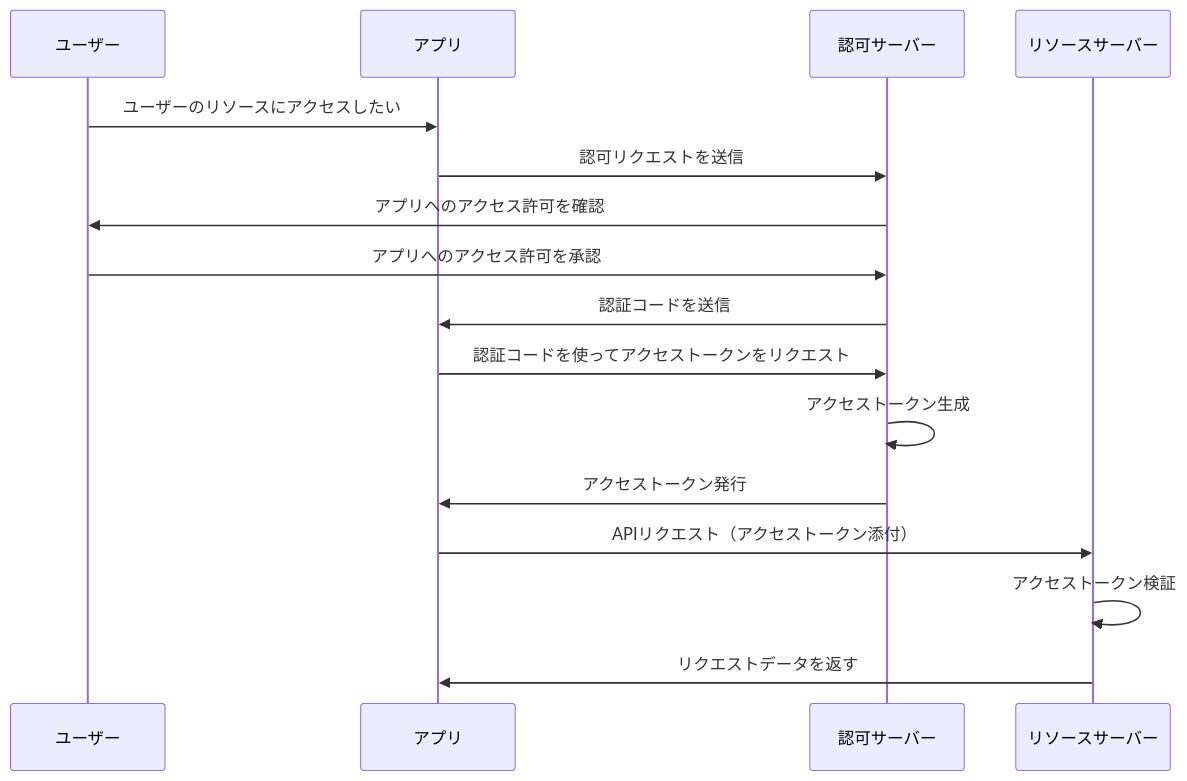
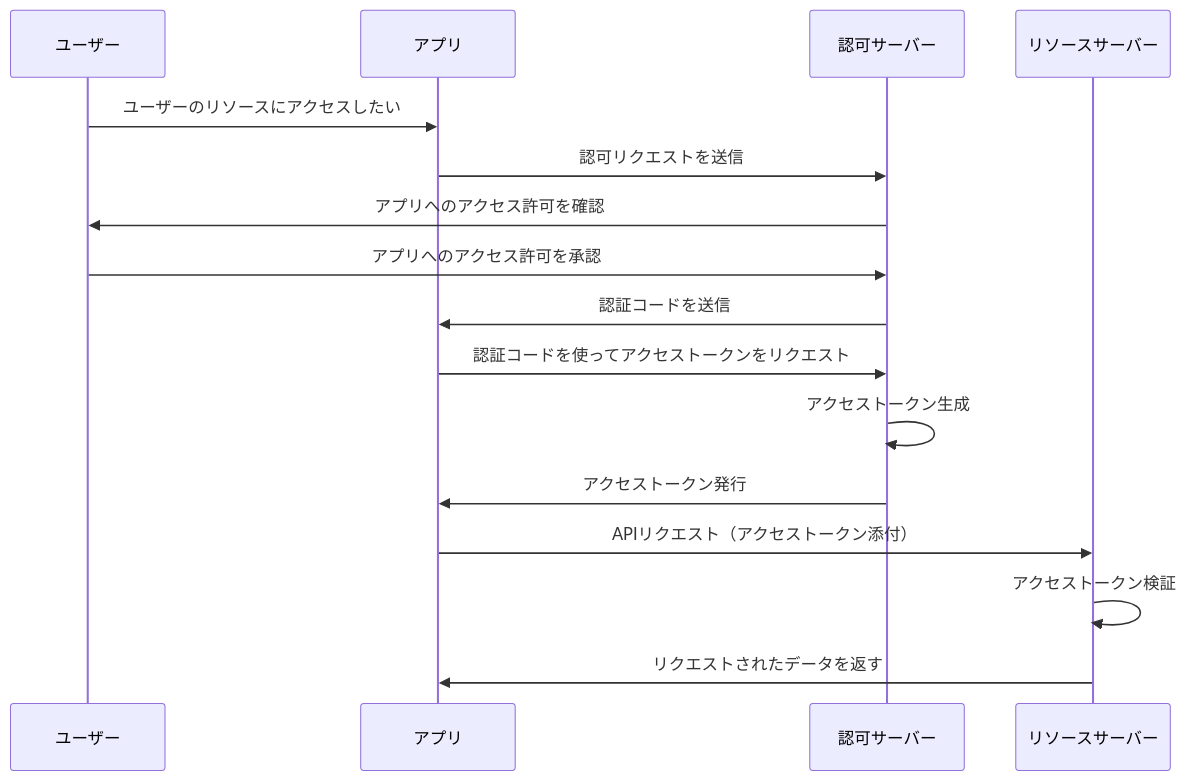
The first of 2 diagrams in articles/oauth-and-social-auth.md (otaki0413/zenn-connects), drawn with Mermaid before and after one commit. The commit also changed other lines of this file, not shown here.

````diff
--- a/articles/oauth-and-social-auth.md
+++ b/articles/oauth-and-social-auth.md
@@ -69,20 +95,20 @@
 ```mermaid
 sequenceDiagram
     participant User as ユーザー
     participant App as アプリ
     participant OServer as 認可サーバー
     participant RServer as リソースサーバー
 
     User->>App: ユーザーのリソースにアクセスしたい
     App->>OServer: 認可リクエストを送信
     OServer->>User: アプリへのアクセス許可を確認
     User->>OServer: アプリへのアクセス許可を承認
     OServer->>App: 認証コードを送信
     App->>OServer: 認証コードを使ってアクセストークンをリクエスト
     OServer->>OServer: アクセストークン生成
     OServer->>App: アクセストークン発行
     App->>RServer: APIリクエスト（アクセストークン添付）
     RServer->>RServer: アクセストークン検証
-    RServer->>App: リクエストデータを返す
+    RServer->>App: リクエストされたデータを返す
 
 ```
````
